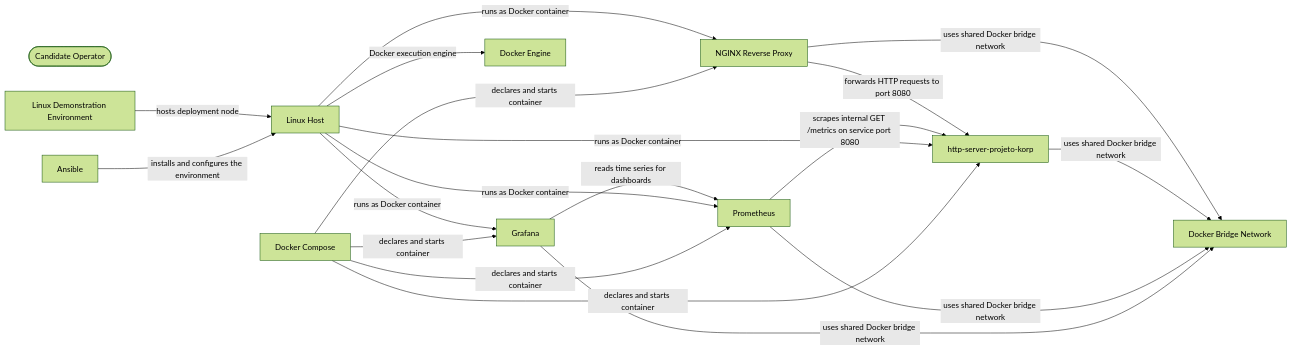
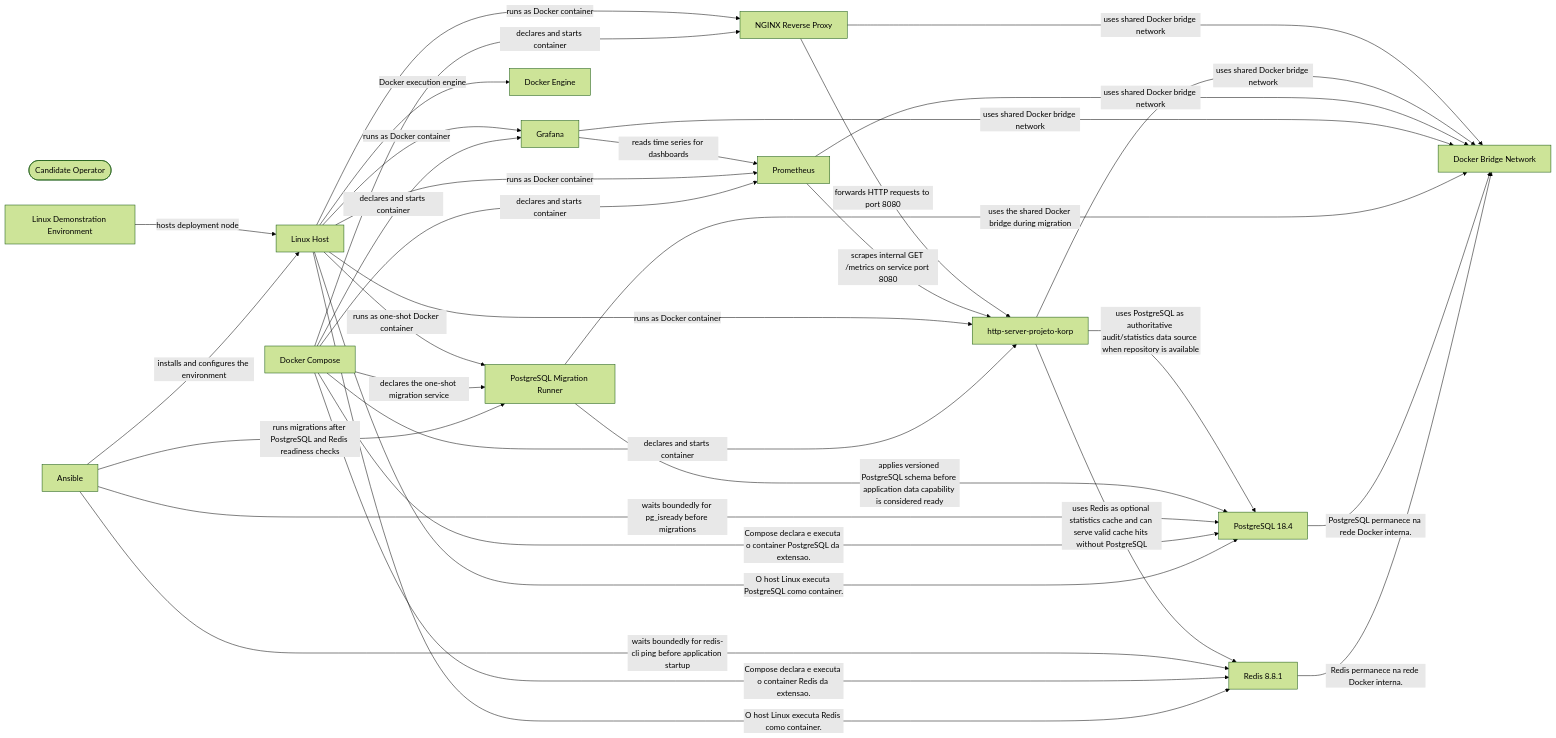
The diagram in docs/architecture/arch-deployment.md (Magaldes/korp-platform-engineering), drawn with Mermaid (forest theme) before and after one commit. The commit also changed other lines of this file and 15 other files, not shown here.

Commit message:
architecture: promote revision 7 and document data extensions

````diff
--- a/docs/architecture/arch-deployment.md
+++ b/docs/architecture/arch-deployment.md
@@ -8,32 +8,50 @@
 ```mermaid
 flowchart LR
     act_candidate(["Candidate Operator"])
     ctr_go_service["http-server-projeto-korp"]
     ctr_grafana["Grafana"]
     ctr_nginx["NGINX Reverse Proxy"]
+    ctr_postgres["PostgreSQL 18.4"]
+    ctr_postgres_migrate["PostgreSQL Migration Runner"]
     ctr_prometheus["Prometheus"]
+    ctr_redis["Redis 8.8.1"]
     env_demo["Linux Demonstration Environment"]
     net_bridge["Docker Bridge Network"]
     node_linux_host["Linux Host"]
     tech_ansible["Ansible"]
     tech_compose["Docker Compose"]
     tech_docker["Docker Engine"]
     ctr_nginx -->|"forwards HTTP requests to port 8080"| ctr_go_service
     ctr_prometheus -->|"scrapes internal GET /metrics on service port 8080"| ctr_go_service
     ctr_grafana -->|"reads time series for dashboards"| ctr_prometheus
     env_demo -->|"hosts deployment node"| node_linux_host
     node_linux_host -->|"runs as Docker container"| ctr_nginx
     node_linux_host -->|"runs as Docker container"| ctr_go_service
     node_linux_host -->|"runs as Docker container"| ctr_prometheus
     node_linux_host -->|"runs as Docker container"| ctr_grafana
     tech_ansible -->|"installs and configures the environment"| node_linux_host
     node_linux_host -->|"Docker execution engine"| tech_docker
     tech_compose -->|"declares and starts container"| ctr_nginx
     tech_compose -->|"declares and starts container"| ctr_go_service
     tech_compose -->|"declares and starts container"| ctr_prometheus
     tech_compose -->|"declares and starts container"| ctr_grafana
     ctr_nginx -->|"uses shared Docker bridge network"| net_bridge
     ctr_go_service -->|"uses shared Docker bridge network"| net_bridge
     ctr_prometheus -->|"uses shared Docker bridge network"| net_bridge
     ctr_grafana -->|"uses shared Docker bridge network"| net_bridge
+    node_linux_host -->|"runs as one-shot Docker container"| ctr_postgres_migrate
+    tech_compose -->|"declares the one-shot migration service"| ctr_postgres_migrate
+    ctr_postgres_migrate -->|"uses the shared Docker bridge during migration"| net_bridge
+    ctr_go_service -->|"uses PostgreSQL as authoritative audit/statistics data source when repository is available"| ctr_postgres
+    ctr_go_service -->|"uses Redis as optional statistics cache and can serve valid cache hits without PostgreSQL"| ctr_redis
+    ctr_postgres_migrate -->|"applies versioned PostgreSQL schema before application data capability is considered ready"| ctr_postgres
+    tech_ansible -->|"waits boundedly for pg_isready before migrations"| ctr_postgres
+    tech_ansible -->|"waits boundedly for redis-cli ping before application startup"| ctr_redis
+    tech_ansible -->|"runs migrations after PostgreSQL and Redis readiness checks"| ctr_postgres_migrate
+    tech_compose -->|"Compose declara e executa o container PostgreSQL da extensao."| ctr_postgres
+    tech_compose -->|"Compose declara e executa o container Redis da extensao."| ctr_redis
+    ctr_postgres -->|"PostgreSQL permanece na rede Docker interna."| net_bridge
+    ctr_redis -->|"Redis permanece na rede Docker interna."| net_bridge
+    node_linux_host -->|"O host Linux executa PostgreSQL como container."| ctr_postgres
+    node_linux_host -->|"O host Linux executa Redis como container."| ctr_redis
 ```
````
